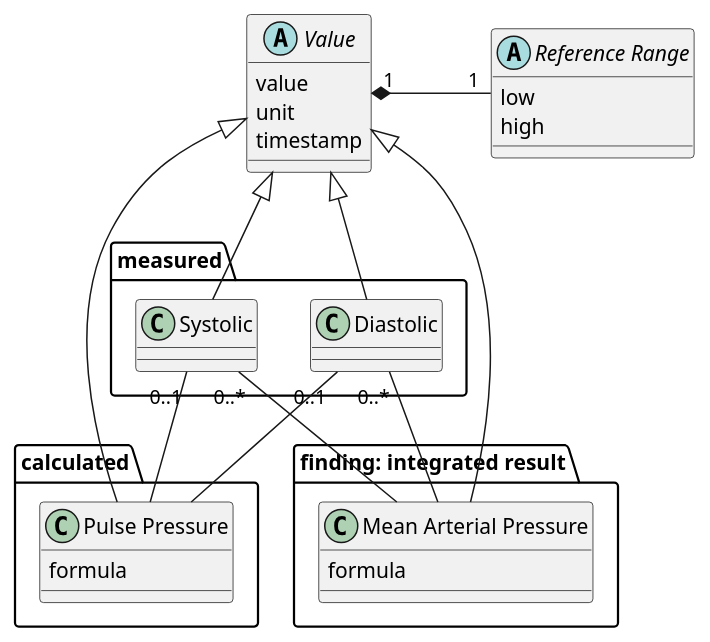
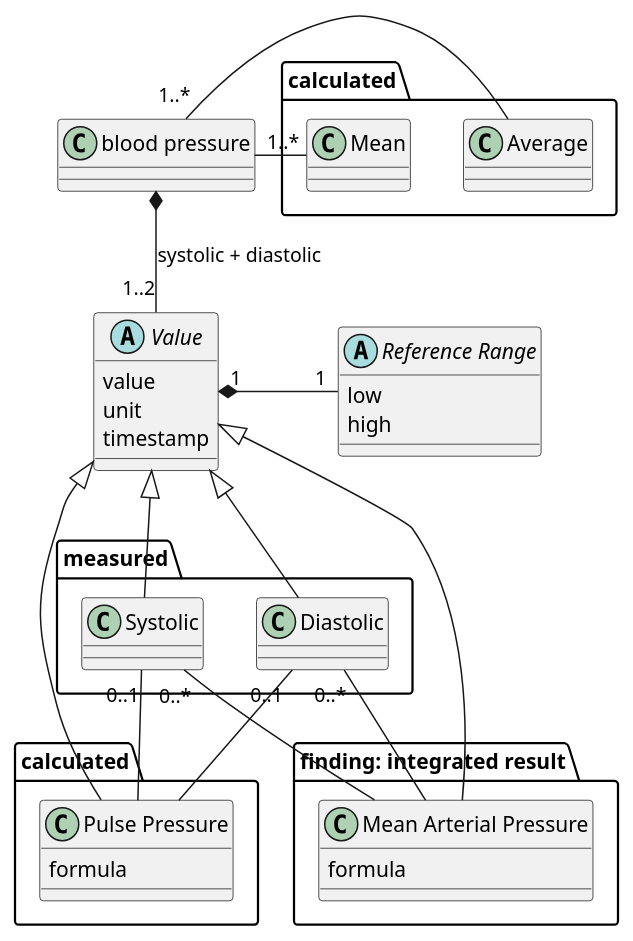
The diagram in input/images-source/calculation_model.plantuml (frankoemig/bloodpressure), drawn with PlantUML before and after one commit. The commit also changed 6 other files, not shown here.

```diff
--- a/input/images-source/calculation_model.plantuml
+++ b/input/images-source/calculation_model.plantuml
@@ -1,59 +1,70 @@
 @startuml
 
+
+class "blood pressure" as bp {
+
+}
 
 abstract class "Value" as value {
     value
     unit
     timestamp
 }
 
 abstract class "Reference Range" as range {
     low
     high
 }
 
 value "1" *-right- "1" range :  "             "
 
 package "measured" as measured {
 
 
 class "Systolic" as syst {
 }
 
 class "Diastolic" as diast {
 }
 }
 
 package "calculated" as calc {
 
-class "Pulse Pressure" as pulse {
-    formula
-}
+    class "Pulse Pressure" as pulse {
+        formula
+    }
 
 }
 
-package "finding: integrated result" as integr {
+package "calculated" as calc2 {
+    class "Average" as avg
+    class "Mean" as mean2
+}
+
+package "finding: integrated result" as integrated {
 
 class "Mean Arterial Pressure" as mean {
     formula
 }
 
 
 }
 
+bp *-down- "1..2" value : systolic + diastolic
 
 syst "0..1" -- pulse
 diast "0..1" -- pulse
 
 syst "0..*" -- mean
 diast "0..*" -- mean
 
 
 value <|-- syst
 value <|-- diast
 value <|-- pulse
 value <|-- mean
 
-
+avg -left- "1..*" bp
+mean2 -left- "1..*" bp
 
 @enduml
```
